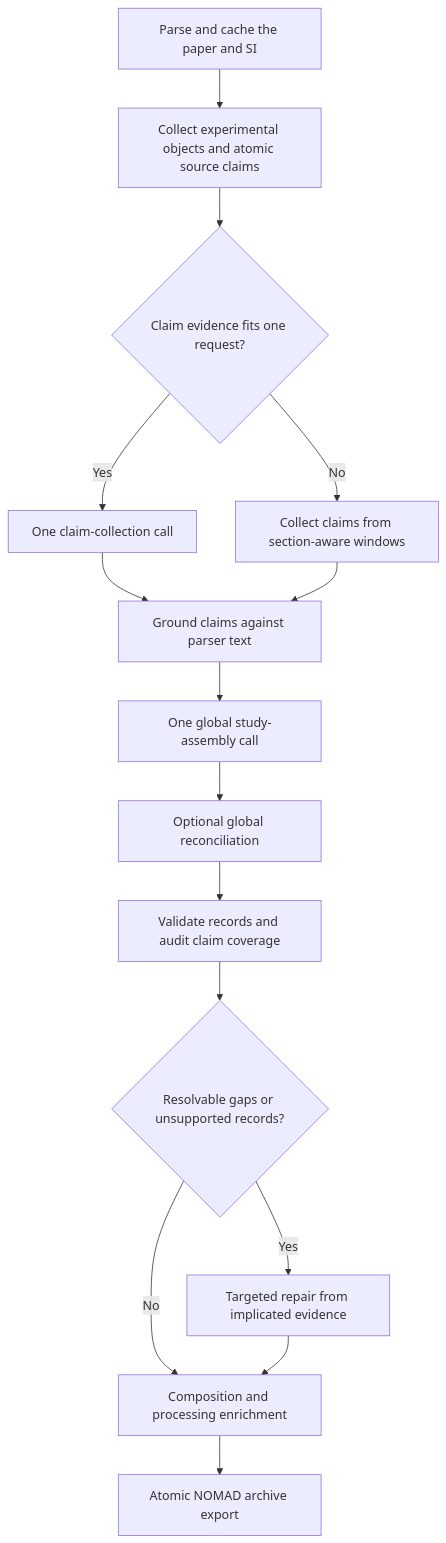
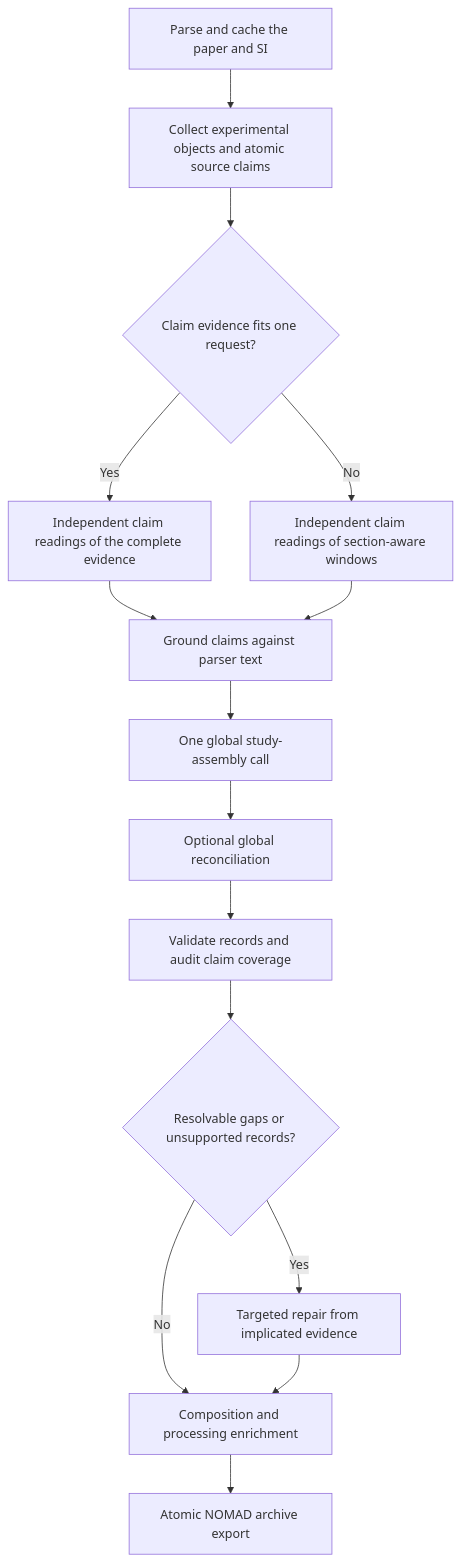
One commit to lamalab-org/perla-extract changed the diagram in docs/workflows/extraction.md. Above: the diagram before and after it, drawn with Mermaid. The commit also changed other lines of this file and 42 other files, not shown here.

````diff
--- a/docs/workflows/extraction.md
+++ b/docs/workflows/extraction.md
@@ -10,17 +10,17 @@
 ```mermaid
 flowchart TD
     A["Parse and cache the paper and SI"] --> B["Collect experimental objects and atomic source claims"]
     B --> C{"Claim evidence fits one request?"}
-    C -->|Yes| D["One claim-collection call"]
-    C -->|No| E["Collect claims from section-aware windows"]
+    C -->|Yes| D["Independent claim readings of the complete evidence"]
+    C -->|No| E["Independent claim readings of section-aware windows"]
     D --> F["Ground claims against parser text"]
     E --> F
     F --> G["One global study-assembly call"]
     G --> H["Optional global reconciliation"]
     H --> I["Validate records and audit claim coverage"]
     I --> J{"Resolvable gaps or unsupported records?"}
     J -->|Yes| K["Targeted repair from implicated evidence"]
     J -->|No| L["Composition and processing enrichment"]
     K --> L
     L --> M["Atomic NOMAD archive export"]
 ```
````
